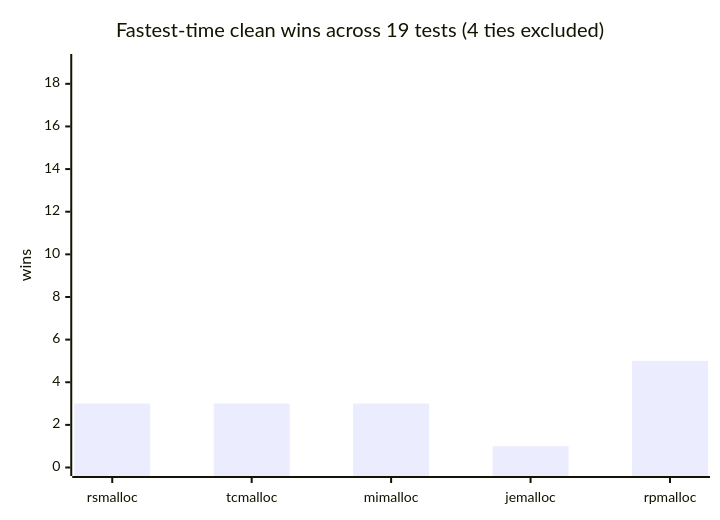
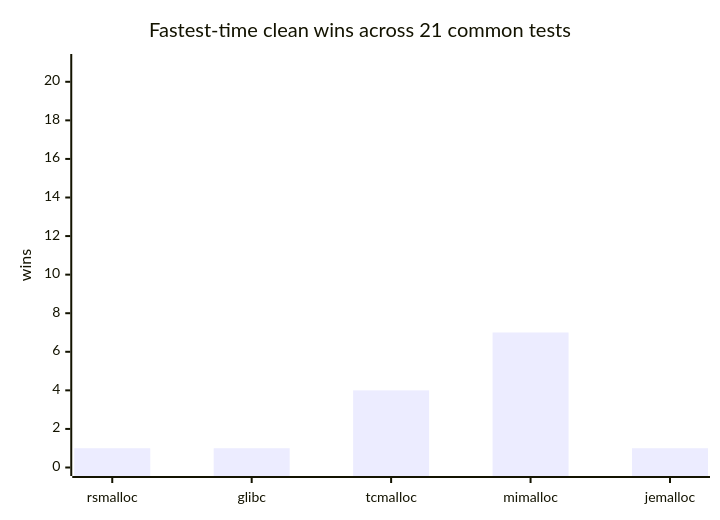
One commit to Metehan120/rsmalloc changed the first of 8 diagrams in benchmarks/benchmarks.md. Above: the diagram before and after it, drawn with Mermaid. The commit also changed other lines of this file and 13 other files, not shown here.

````diff
--- a/benchmarks/benchmarks.md
+++ b/benchmarks/benchmarks.md
@@ -98,7 +80,7 @@
 ```mermaid
 xychart-beta
-    title "Fastest-time clean wins across 19 tests (4 ties excluded)"
-    x-axis [rsmalloc, tcmalloc, mimalloc, jemalloc, rpmalloc]
-    y-axis "wins" 0 --> 19
-    bar [3, 3, 3, 1, 5]
+    title "Fastest-time clean wins across 21 common tests"
+    x-axis [rsmalloc, glibc, tcmalloc, mimalloc, jemalloc]
+    y-axis "wins" 0 --> 21
+    bar [1, 1, 4, 7, 1]
 ```
````
